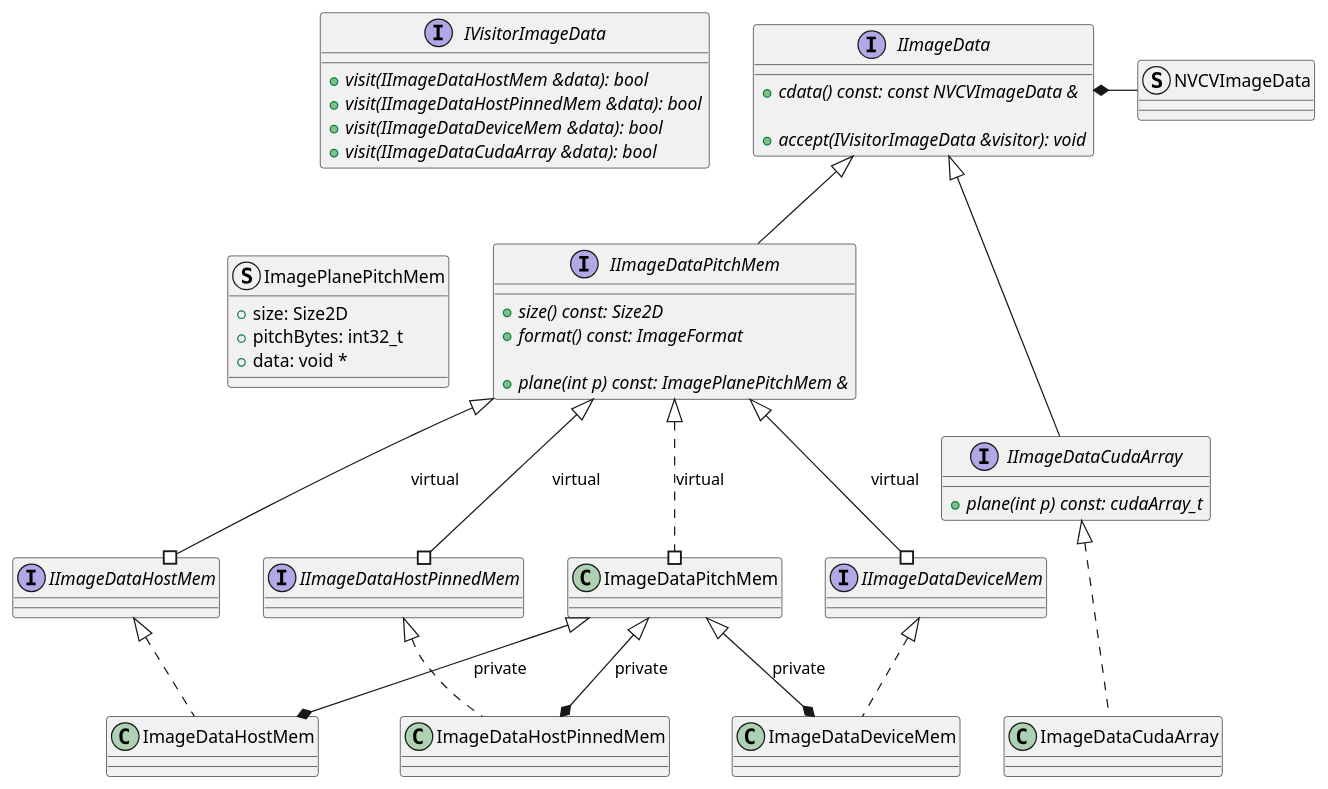
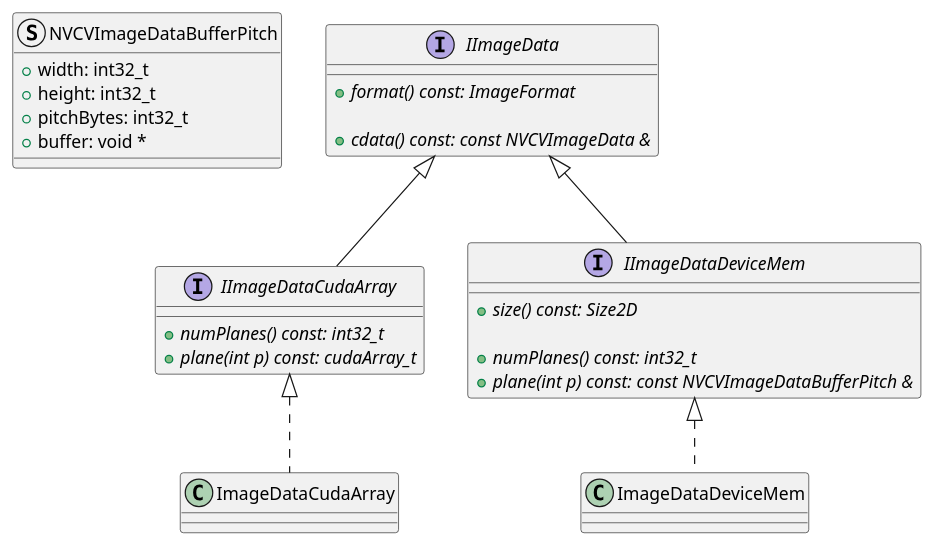
One commit to JanuszL/CV-CUDA changed the diagram in docs/design/image_data_classes.puml. Above: the diagram before and after it, drawn with PlantUML. The commit also changed 21 other files, not shown here.

```diff
--- a/docs/design/image_data_classes.puml
+++ b/docs/design/image_data_classes.puml
@@ -13,86 +13,40 @@
 @startuml
 
-struct ImagePlanePitchMem
+struct NVCVImageDataBufferPitch
 {
-    + size: Size2D
+    + width: int32_t
+    + height: int32_t
     + pitchBytes: int32_t
-    + data: void *
-}
-
-struct NVCVImageData
-
-interface IVisitorImageData
-{
-    + {abstract} visit(IImageDataHostMem &data): bool
-    + {abstract} visit(IImageDataHostPinnedMem &data): bool
-    + {abstract} visit(IImageDataDeviceMem &data): bool
-    + {abstract} visit(IImageDataCudaArray &data): bool
+    + buffer: void *
 }
 
 interface IImageData
 {
+    + {abstract} format() const: ImageFormat
+
     + {abstract} cdata() const: const NVCVImageData &
-
-    + {abstract} accept(IVisitorImageData &visitor): void
 }
-
-IImageData *-right- NVCVImageData
-IImageData -[hidden]left- IVisitorImageData
 
 interface IImageDataCudaArray extends IImageData
 {
+    + {abstract} numPlanes() const: int32_t
     + {abstract} plane(int p) const: cudaArray_t
 }
 
-interface IImageDataPitchMem extends IImageData
+interface IImageDataDeviceMem extends IImageData
 {
     + {abstract} size() const: Size2D
-    + {abstract} format() const: ImageFormat
 
-    + {abstract} plane(int p) const: ImagePlanePitchMem &
+    + {abstract} numPlanes() const: int32_t
+    + {abstract} plane(int p) const: const NVCVImageDataBufferPitch &
 }
 
-IImageDataPitchMem -[hidden]left- ImagePlanePitchMem
-
-interface IImageDataHostMem
+class ImageDataDeviceMem implements IImageDataDeviceMem
 {
 }
-IImageDataPitchMem <|--# IImageDataHostMem: virtual
-
-interface IImageDataHostPinnedMem
-{
-}
-IImageDataPitchMem <|--# IImageDataHostPinnedMem: virtual
-
-interface IImageDataDeviceMem
-{
-}
-IImageDataPitchMem <|--# IImageDataDeviceMem: virtual
 
 class ImageDataCudaArray implements IImageDataCudaArray
 {
 }
 
-class ImageDataPitchMem
-{
-}
-IImageDataPitchMem <|..# ImageDataPitchMem: virtual
-
-class ImageDataHostMem implements IImageDataHostMem
-{
-}
-ImageDataPitchMem <|--* ImageDataHostMem: private
-
-class ImageDataHostPinnedMem implements IImageDataHostPinnedMem
-{
-}
-ImageDataPitchMem <|--* ImageDataHostPinnedMem: private
-
-class ImageDataDeviceMem implements IImageDataDeviceMem
-{
-}
-ImageDataPitchMem <|--* ImageDataDeviceMem: private
-
-ImageDataCudaArray -[hidden]left- ImageDataDeviceMem
-
 @enduml
```
